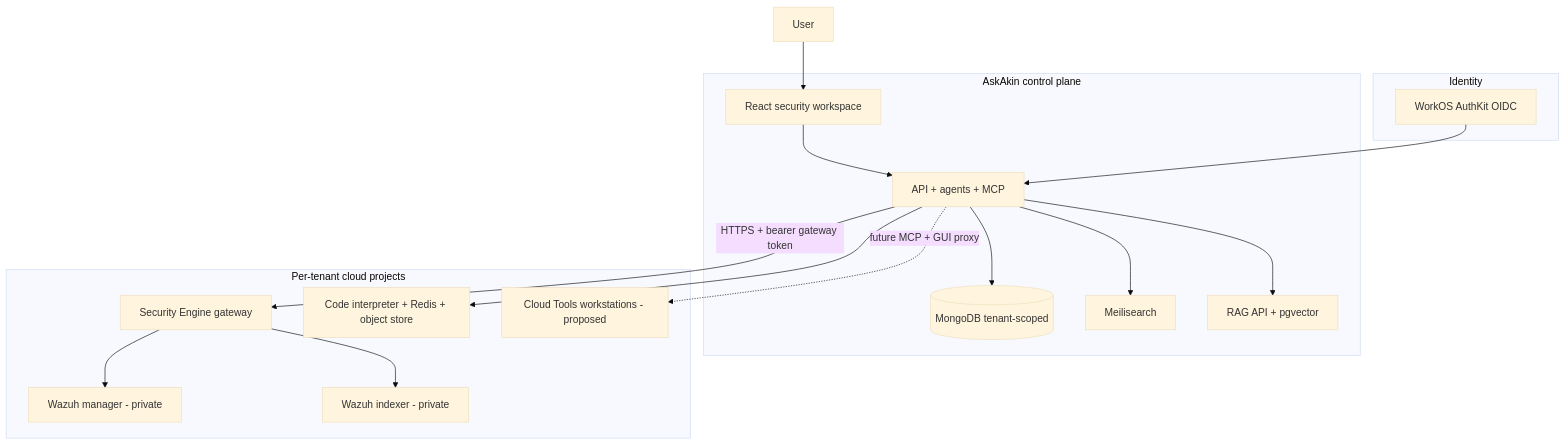
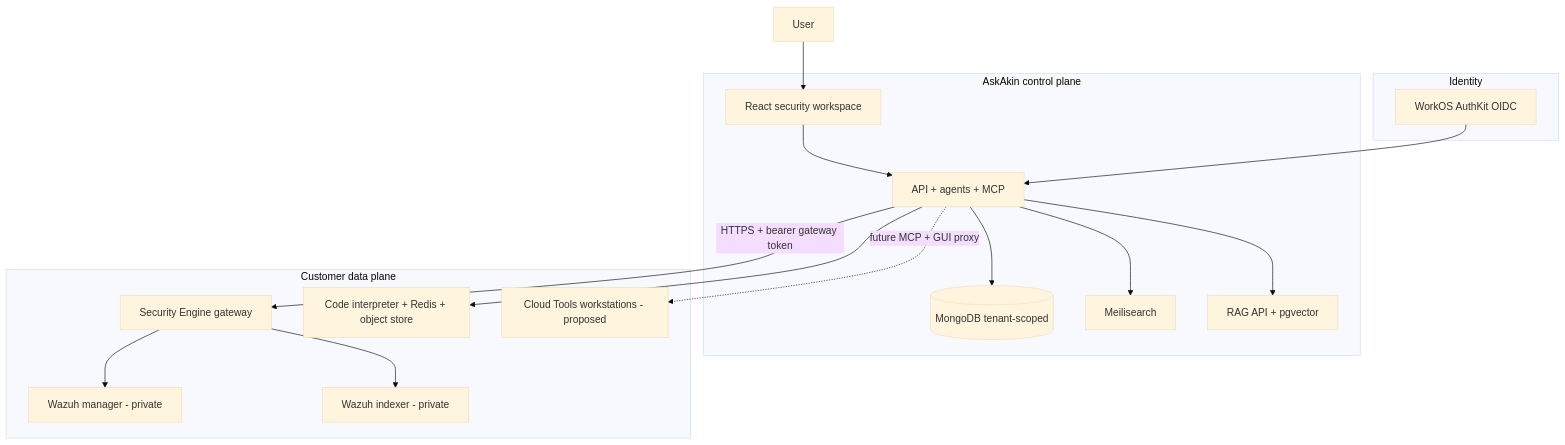
One commit to dfalt0/akinsec-public changed the diagram in README.md. Above: the diagram before and after it, drawn with Mermaid (base theme). The commit also changed other lines of this file, not shown here.

First line of the commit message:
Rewrite README as product architecture docs.

````diff
--- a/README.md
+++ b/README.md
@@ -65,34 +64,34 @@
 ```mermaid
 flowchart TB
   subgraph Identity
     WO[WorkOS AuthKit OIDC]
   end
 
   subgraph AskAkin["AskAkin control plane"]
     SPA[React security workspace]
     API[API + agents + MCP]
     DB[(MongoDB tenant-scoped)]
     Search[Meilisearch]
     RAG[RAG API + pgvector]
   end
 
-  subgraph Cloud["Per-tenant cloud projects"]
+  subgraph Cloud["Customer data plane"]
     GW[Security Engine gateway]
     WM[Wazuh manager - private]
     WI[Wazuh indexer - private]
     CI[Code interpreter + Redis + object store]
     CT[Cloud Tools workstations - proposed]
   end
 
   User --> SPA
   SPA --> API
   WO --> API
   API --> DB
   API --> Search
   API --> RAG
   API -->|"HTTPS + bearer gateway token"| GW
   GW --> WM
   GW --> WI
   API --> CI
   API -.->|future MCP + GUI proxy| CT
 ```
````
